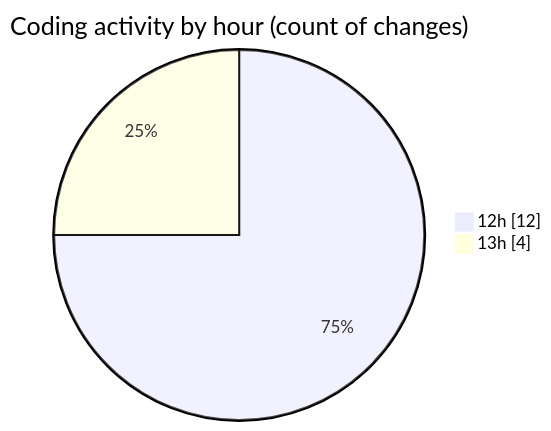
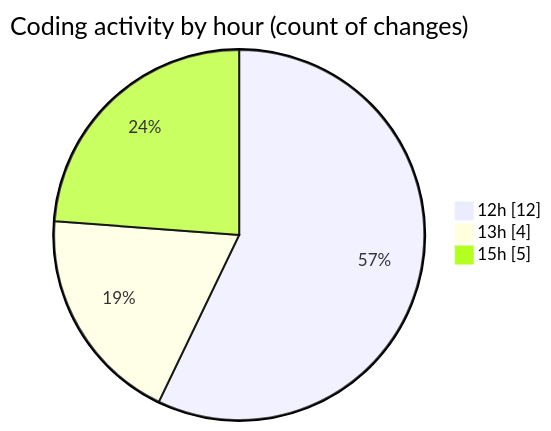
The second of 2 diagrams in 2026-09-08/cilapp/README.md (ricardozamudiocil/code-tracking), drawn with Mermaid before and after one commit. The commit also changed other lines of this file and 1 other file, not shown here.

````diff
--- a/2026-09-08/cilapp/README.md
+++ b/2026-09-08/cilapp/README.md
@@ -30,6 +30,7 @@
 ```mermaid
 pie showData
 title Coding activity by hour (count of changes)
 "12h" : 12
 "13h" : 4
+"15h" : 5
 ```
````
